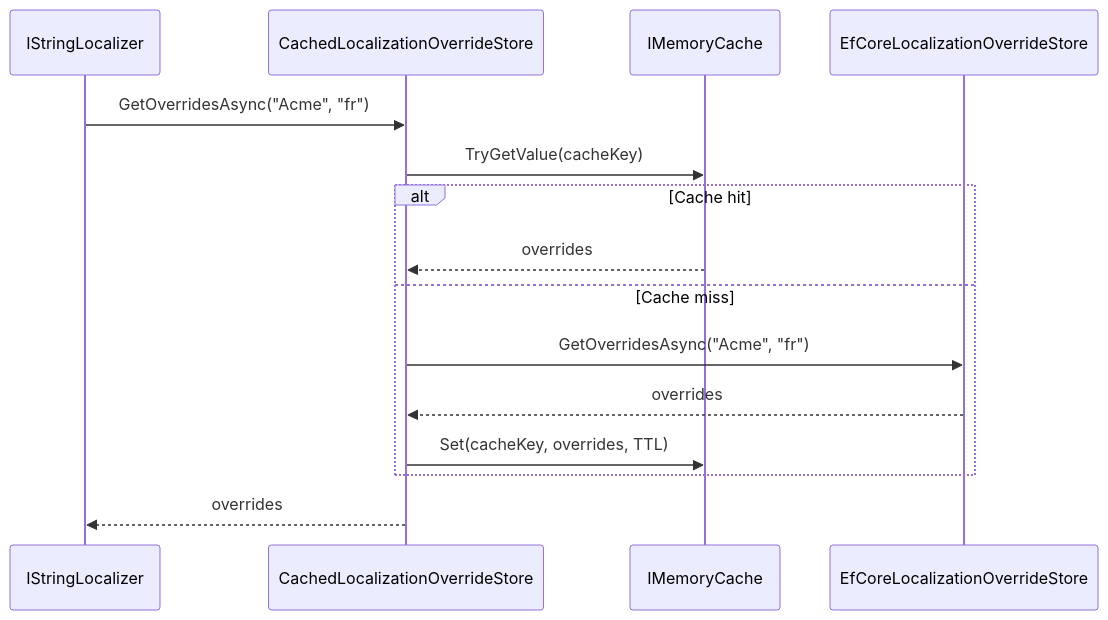
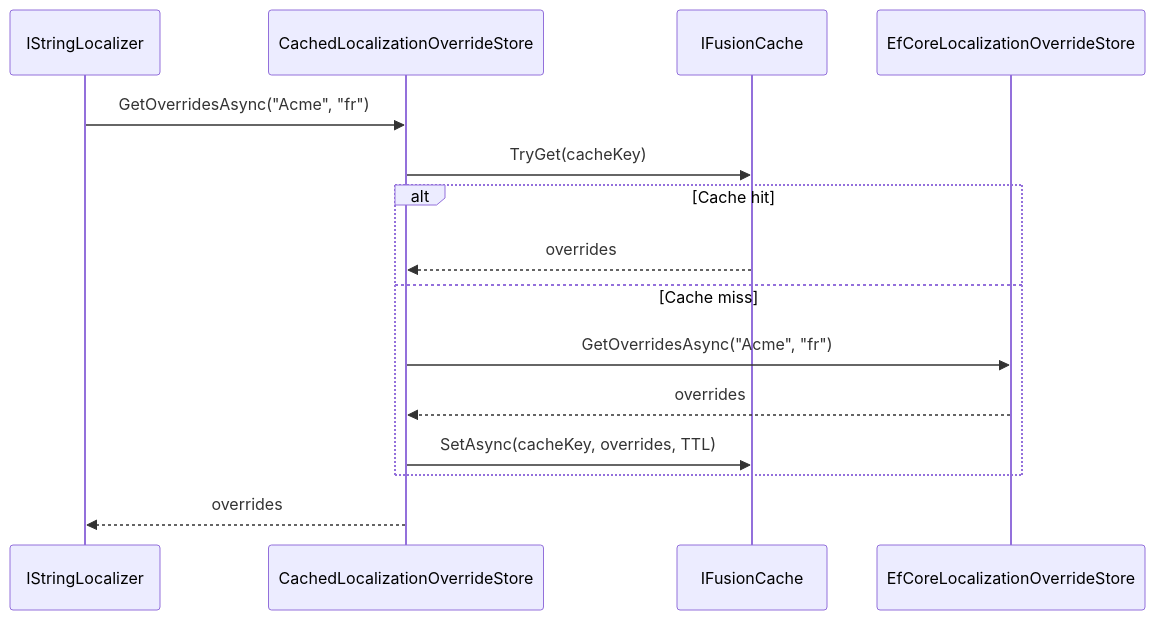
The second of 2 diagrams in docs-site/src/content/docs/dotnet/infrastructure/localization.mdx (granit-fx/granit-dotnet), drawn with Mermaid before and after one commit. The commit also changed other lines of this file and 5 other files, not shown here.

````diff
--- a/docs-site/src/content/docs/dotnet/infrastructure/localization.mdx
+++ b/docs-site/src/content/docs/dotnet/infrastructure/localization.mdx
@@ -238,18 +243,18 @@
 ```mermaid
 sequenceDiagram
     participant L as IStringLocalizer
     participant C as CachedLocalizationOverrideStore
-    participant M as IMemoryCache
+    participant FC as IFusionCache
     participant EF as EfCoreLocalizationOverrideStore
 
     L->>C: GetOverridesAsync("Acme", "fr")
-    C->>M: TryGetValue(cacheKey)
+    C->>FC: TryGet(cacheKey)
     alt Cache hit
-        M-->>C: overrides
+        FC-->>C: overrides
     else Cache miss
         C->>EF: GetOverridesAsync("Acme", "fr")
         EF-->>C: overrides
-        C->>M: Set(cacheKey, overrides, TTL)
+        C->>FC: SetAsync(cacheKey, overrides, TTL)
     end
     C-->>L: overrides
 ```
````
